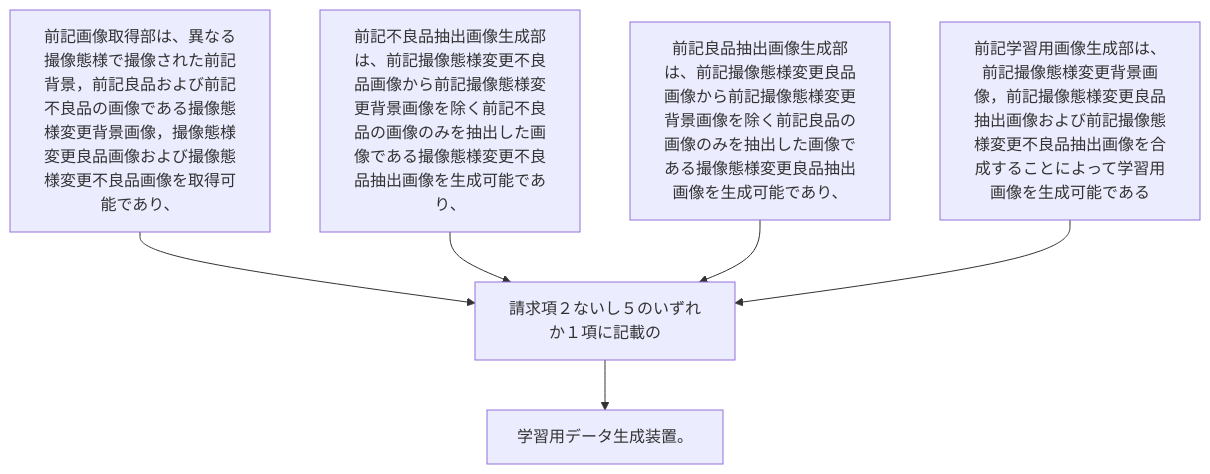
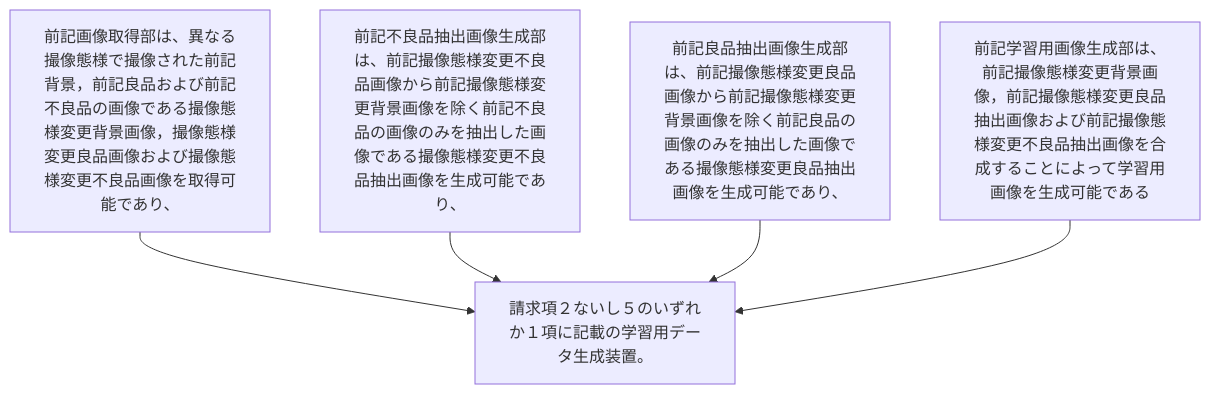
Before and after one commit to shinmori55/patent_analyzed: the diagram in 2024/JP2024000284A/claim_10/claim_10_graph.md, drawn with Mermaid. The commit also changed 15 other files, not shown here.

````diff
--- a/2024/JP2024000284A/claim_10/claim_10_graph.md
+++ b/2024/JP2024000284A/claim_10/claim_10_graph.md
@@ -1,14 +1,12 @@
 ```mermaid
 flowchart TD
 A[前記画像取得部は、異なる撮像態様で撮像された前記背景，前記良品および前記不良品の画像である撮像態様変更背景画像，撮像態様変更良品画像および撮像態様変更不良品画像を取得可能であり、]
 B[前記不良品抽出画像生成部は、前記撮像態様変更不良品画像から前記撮像態様変更背景画像を除く前記不良品の画像のみを抽出した画像である撮像態様変更不良品抽出画像を生成可能であり、]
 C[前記良品抽出画像生成部は、前記撮像態様変更良品画像から前記撮像態様変更背景画像を除く前記良品の画像のみを抽出した画像である撮像態様変更良品抽出画像を生成可能であり、]
 D[前記学習用画像生成部は、前記撮像態様変更背景画像，前記撮像態様変更良品抽出画像および前記撮像態様変更不良品抽出画像を合成することによって学習用画像を生成可能である]
-E[請求項２ないし５のいずれか１項に記載の]
-F[学習用データ生成装置。]
+E[請求項２ないし５のいずれか１項に記載の学習用データ生成装置。]
 A --> E
 B --> E
 C --> E
 D --> E
-E --> F
 ```
````
